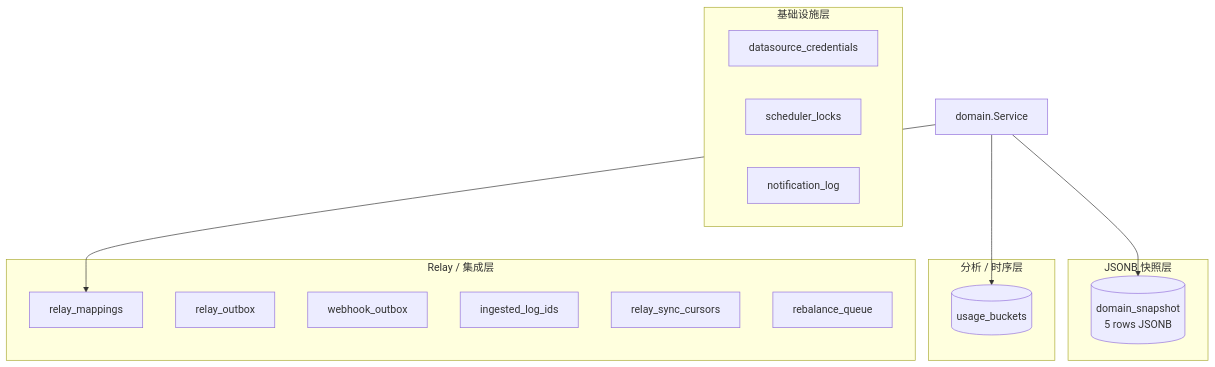
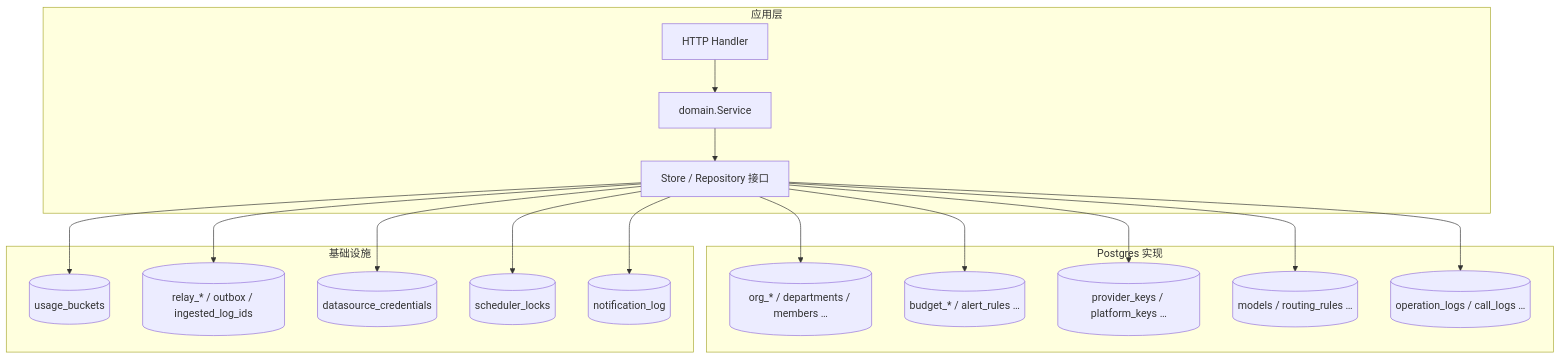
The first of 5 diagrams in docs/Backend-存储架构.md (quyip8818/mytokenjoy), drawn with Mermaid before and after one commit. The commit also changed other lines of this file and 73 other files, not shown here.

````diff
--- a/docs/Backend-存储架构.md
+++ b/docs/Backend-存储架构.md
@@ -100,29 +17,28 @@
 ```mermaid
 flowchart TB
-  subgraph snapshotLayer [JSONB 快照层]
-    DS[(domain_snapshot<br/>5 rows JSONB)]
+  subgraph apiLayer [应用层]
+    H[HTTP Handler]
+    SVC[domain.Service]
+    REPO[Store / Repository 接口]
   end
 
-  subgraph analyticsLayer [分析 / 时序层]
-    UB[(usage_buckets)]
+  subgraph pgLayer [Postgres 实现]
+    ORG[(org_* / departments / members …)]
+    BUD[(budget_* / alert_rules …)]
+    KEY[(provider_keys / platform_keys …)]
+    MOD[(models / routing_rules …)]
+    AUD[(operation_logs / call_logs …)]
   end
 
-  subgraph relayLayer [Relay / 集成层]
-    RM[relay_mappings]
-    RO[relay_outbox]
-    WO[webhook_outbox]
-    IL[ingested_log_ids]
-    RC[relay_sync_cursors]
-    RQ[rebalance_queue]
+  subgraph infraLayer [基础设施]
+    UB[(usage_buckets)]
+    RELAY[(relay_* / outbox / ingested_log_ids)]
+    CRED[(datasource_credentials)]
+    LOCK[(scheduler_locks)]
+    NL[(notification_log)]
   end
 
-  subgraph infraLayer [基础设施层]
-    DC[datasource_credentials]
-    SL[scheduler_locks]
-    NL[notification_log]
-  end
-
-  SVC[domain.Service] --> DS
-  SVC --> UB
-  SVC --> RM
+  H --> SVC --> REPO
+  REPO --> ORG & BUD & KEY & MOD & AUD
+  REPO --> UB & RELAY & CRED & LOCK & NL
 ```
````
